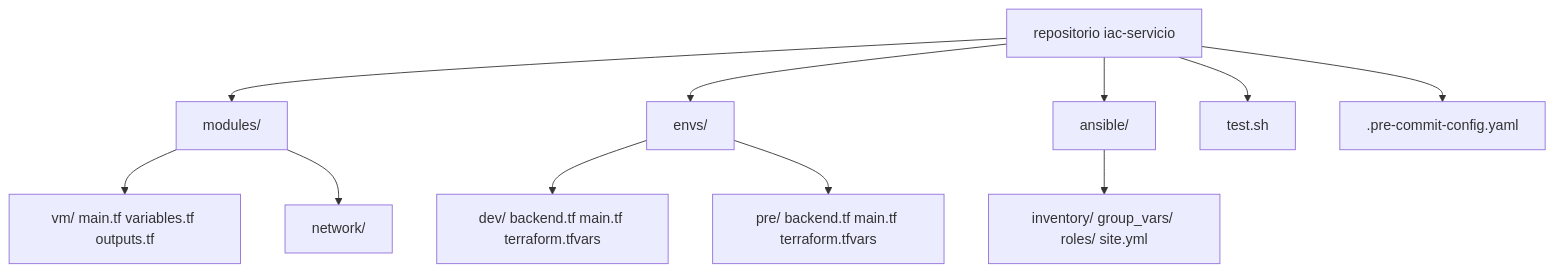
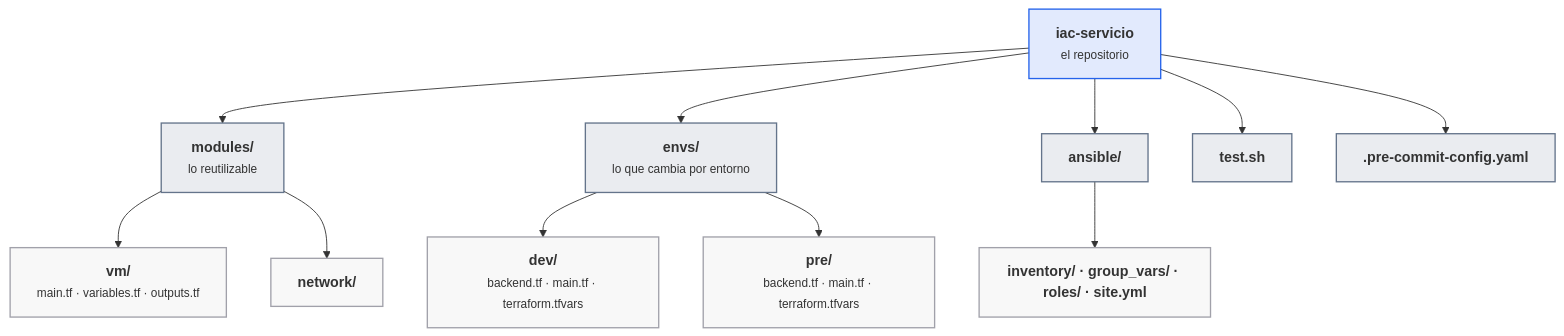
Before and after one commit to victor-educ/apuntes-5166: the fourth of 6 diagrams in docs/ut/ut5-iac.md, drawn with Mermaid. The commit also changed other lines of this file and 12 other files, not shown here.

First line of the commit message:
Temporalización definitiva, gramática visual y diagramas en todas las unidades

````diff
--- a/docs/ut/ut5-iac.md
+++ b/docs/ut/ut5-iac.md
@@ -467,13 +533,24 @@
 ```mermaid
 flowchart TD
-    R[repositorio iac-servicio] --> M[modules/]
-    R --> E[envs/]
-    R --> A[ansible/]
-    R --> T[test.sh]
-    R --> P[.pre-commit-config.yaml]
-    M --> M1[vm/ main.tf variables.tf outputs.tf]
-    M --> M2[network/]
-    E --> E1[dev/ backend.tf main.tf terraform.tfvars]
-    E --> E2[pre/ backend.tf main.tf terraform.tfvars]
-    A --> A1[inventory/ group_vars/ roles/ site.yml]
+    R["<b>iac-servicio</b><br><small>el repositorio</small>"]:::dato
+    M["<b>modules/</b><br><small>lo reutilizable</small>"]:::pieza
+    E["<b>envs/</b><br><small>lo que cambia por entorno</small>"]:::pieza
+    A["<b>ansible/</b>"]:::pieza
+    T["<b>test.sh</b>"]:::pieza
+    P["<b>.pre-commit-config.yaml</b>"]:::pieza
+    M1["<b>vm/</b><br><small>main.tf · variables.tf · outputs.tf</small>"]:::infra
+    M2["<b>network/</b>"]:::infra
+    E1["<b>dev/</b><br><small>backend.tf · main.tf · terraform.tfvars</small>"]:::infra
+    E2["<b>pre/</b><br><small>backend.tf · main.tf · terraform.tfvars</small>"]:::infra
+    A1["<b>inventory/ · group_vars/ · roles/ · site.yml</b>"]:::infra
+    R --> M & E & A & T & P
+    M --> M1 & M2
+    E --> E1 & E2
+    A --> A1
+    classDef act fill:#ea580c22,stroke:#ea580c,stroke-width:1.5px
+    classDef pieza fill:#64748b22,stroke:#64748b,stroke-width:1.5px
+    classDef dato fill:#2563eb22,stroke:#2563eb,stroke-width:1.5px
+    classDef infra fill:#a1a1aa14,stroke:#a1a1aa,stroke-width:1.5px
+    classDef ok fill:#16a34a22,stroke:#16a34a,stroke-width:1.5px
+    classDef riesgo fill:#dc262622,stroke:#dc2626,stroke-width:1.5px
 ```
````
